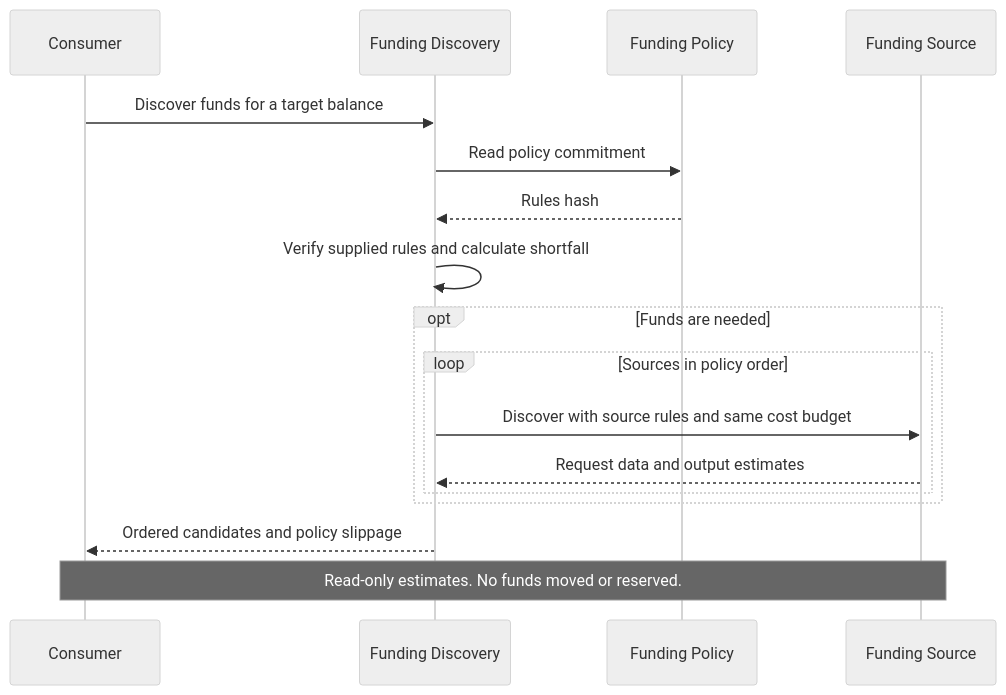
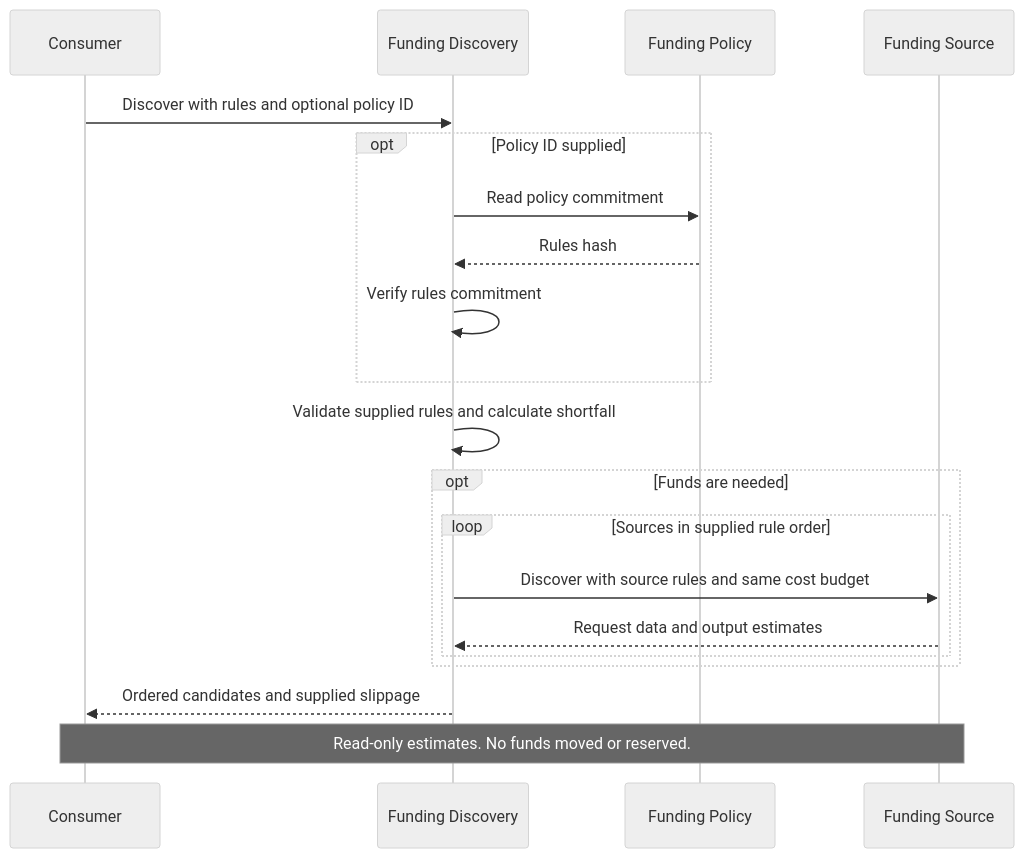
Before and after one commit to tempoxyz/tempo: the third of 3 diagrams in tips/tip-1120.md, drawn with Mermaid (neutral theme). The commit also changed other lines of this file, not shown here.

Commit message:
docs(tip-1120): add rules-only discovery overload

````diff
--- a/tips/tip-1120.md
+++ b/tips/tip-1120.md
@@ -725,20 +725,23 @@
 ```mermaid
 sequenceDiagram
     participant C as Consumer
     participant P as Funding Discovery
     participant R as Funding Policy
     participant F as Funding Source
 
-    C->>P: Discover funds for a target balance
-    P->>R: Read policy commitment
-    R-->>P: Rules hash
-    P->>P: Verify supplied rules and calculate shortfall
+    C->>P: Discover with rules and optional policy ID
+    opt Policy ID supplied
+        P->>R: Read policy commitment
+        R-->>P: Rules hash
+        P->>P: Verify rules commitment
+    end
+    P->>P: Validate supplied rules and calculate shortfall
     opt Funds are needed
-        loop Sources in policy order
+        loop Sources in supplied rule order
             P->>F: Discover with source rules and same cost budget
             F-->>P: Request data and output estimates
         end
     end
-    P-->>C: Ordered candidates and policy slippage
+    P-->>C: Ordered candidates and supplied slippage
     Note over C,F: Read-only estimates. No funds moved or reserved.
 ```
````
